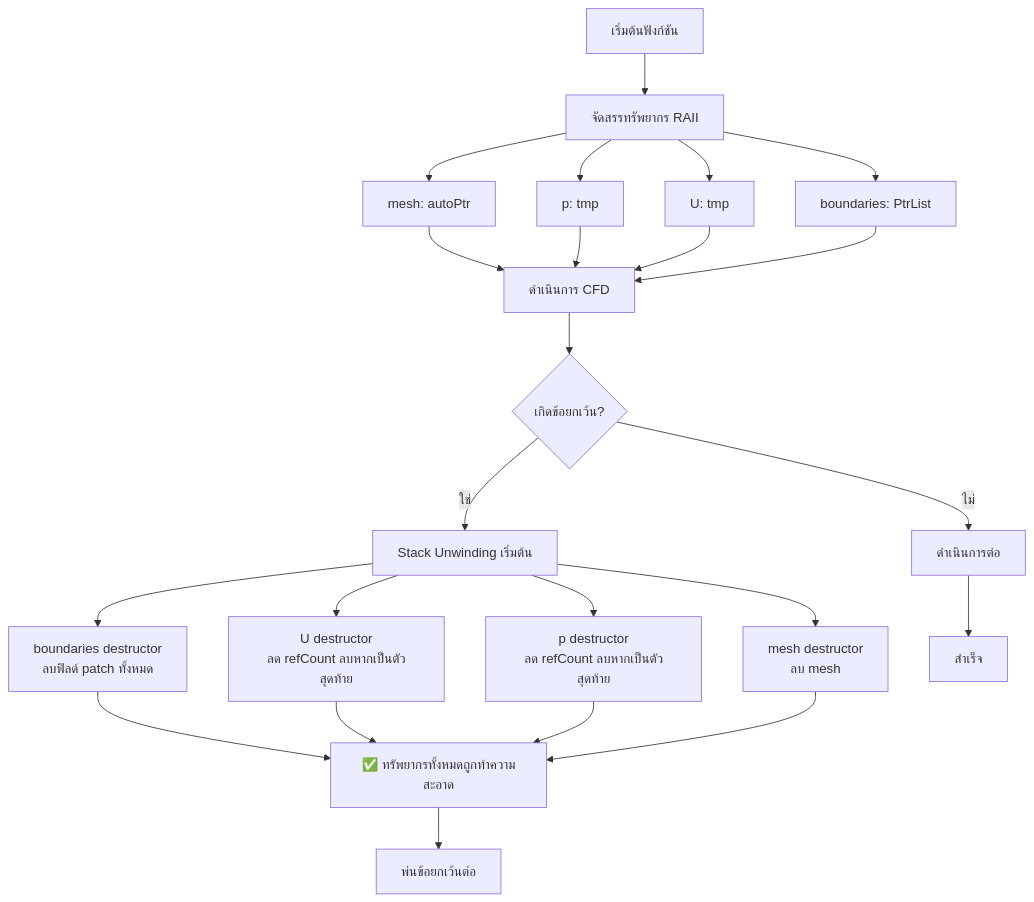
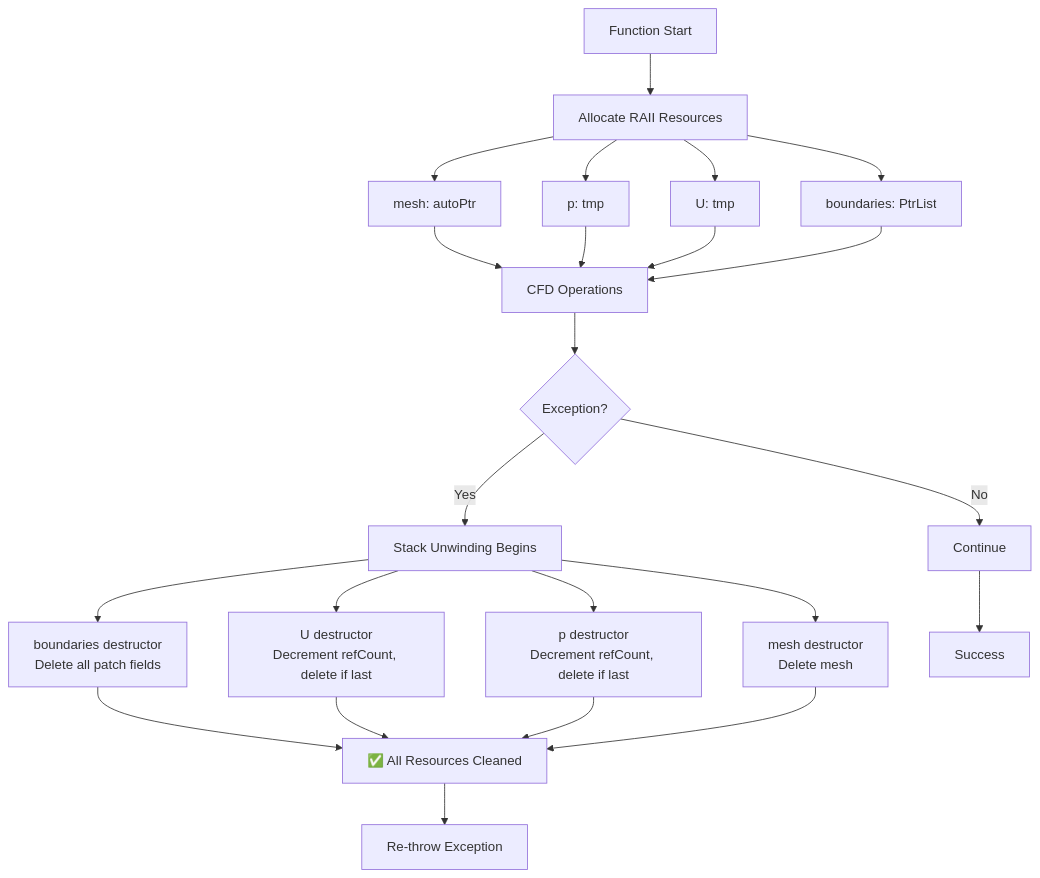
Before and after one commit to wramet/build-my-cfd: the third of 3 diagrams in MODULE_05_OPENFOAM_PROGRAMMING/CONTENT/03_CONTAINERS_MEMORY/04_Integration_and_Best_Practices.md, drawn with Mermaid. The commit also changed other lines of this file and 2996 other files, not shown here.

````diff
--- a/MODULE_05_OPENFOAM_PROGRAMMING/CONTENT/03_CONTAINERS_MEMORY/04_Integration_and_Best_Practices.md
+++ b/MODULE_05_OPENFOAM_PROGRAMMING/CONTENT/03_CONTAINERS_MEMORY/04_Integration_and_Best_Practices.md
@@ -358,30 +414,30 @@
 ```mermaid
 flowchart TD
-    A[เริ่มต้นฟังก์ชัน] --> B[จัดสรรทรัพยากร RAII]
+    A[Function Start] --> B[Allocate RAII Resources]
     B --> C1[mesh: autoPtr]
     B --> C2[p: tmp]
     B --> C3[U: tmp]
     B --> C4[boundaries: PtrList]
 
-    C1 --> D[ดำเนินการ CFD]
+    C1 --> D[CFD Operations]
     C2 --> D
     C3 --> D
     C4 --> D
 
-    D --> E{เกิดข้อยกเว้น?}
-    E -->|ใช่| F[Stack Unwinding เริ่มต้น]
-    E -->|ไม่| G[ดำเนินการต่อ]
+    D --> E{Exception?}
+    E -->|Yes| F[Stack Unwinding Begins]
+    E -->|No| G[Continue]
 
-    F --> H1[boundaries destructor<br/>ลบฟิลด์ patch ทั้งหมด]
-    F --> H2[U destructor<br/>ลด refCount ลบหากเป็นตัวสุดท้าย]
-    F --> H3[p destructor<br/>ลด refCount ลบหากเป็นตัวสุดท้าย]
-    F --> H4[mesh destructor<br/>ลบ mesh]
+    F --> H1[boundaries destructor<br/>Delete all patch fields]
+    F --> H2[U destructor<br/>Decrement refCount, delete if last]
+    F --> H3[p destructor<br/>Decrement refCount, delete if last]
+    F --> H4[mesh destructor<br/>Delete mesh]
 
-    H1 --> I[✅ ทรัพยากรทั้งหมดถูกทำความสะอาด]
+    H1 --> I[✅ All Resources Cleaned]
     H2 --> I
     H3 --> I
     H4 --> I
 
-    G --> J[สำเร็จ]
-    I --> K[พ่นข้อยกเว้นต่อ]
+    G --> J[Success]
+    I --> K[Re-throw Exception]
 ```
````
